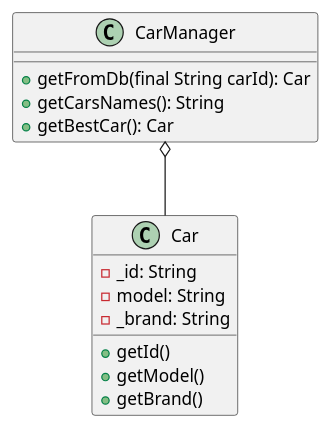
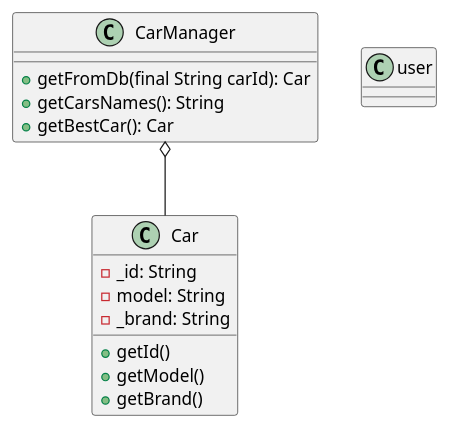
One commit to Driramohamedfarouk/TP1_Software_Architecture changed the diagram in src/SRP/exercice/srp_old.puml. Above: the diagram before and after it, drawn with PlantUML. The commit also changed 7 other files, not shown here.

```diff
--- a/src/SRP/exercice/srp_old.puml
+++ b/src/SRP/exercice/srp_old.puml
@@ -1,19 +1,20 @@
 @startuml
 class CarManager{
     + getFromDb(final String carId): Car
     + getCarsNames(): String
     + getBestCar(): Car
 }
 
 class Car{
 -  _id: String
 - model: String
 - _brand: String
 + getId()
 + getModel()
 + getBrand()
 }
 
 CarManager o-- Car
+class user{}
 
 @enduml
```
